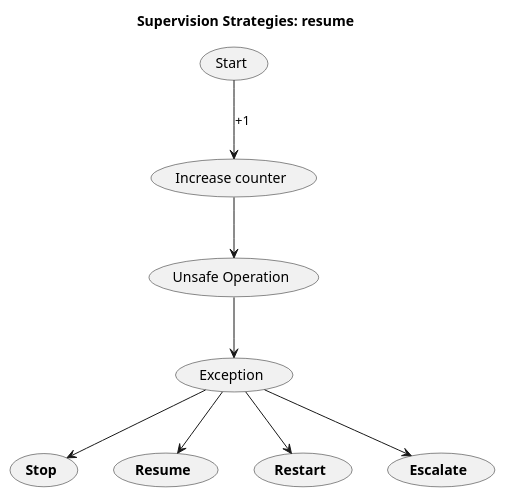
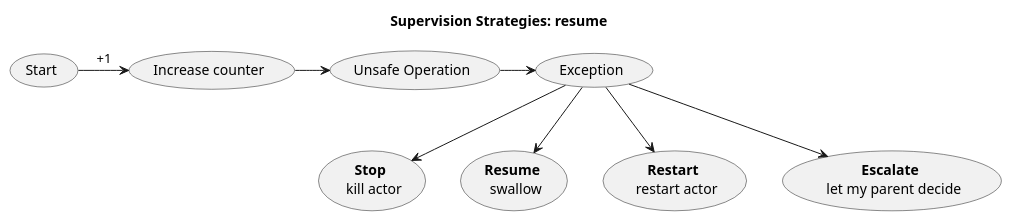
The diagram in AkkaActorSystem/Task04/Task04.puml (atulmish/devconf-lk-20190223), drawn with PlantUML before and after one commit.

Commit message:
added task uml file

```diff
--- a/AkkaActorSystem/Task04/Task04.puml
+++ b/AkkaActorSystem/Task04/Task04.puml
@@ -1,11 +1,11 @@
 @startuml
 title Supervision Strategies: resume
-(Start) --> (Increase counter) :+1
-(Increase counter) --> (Unsafe Operation)
-(Unsafe Operation) --> (Exception)
-(Exception) -->(**Stop**)
-(Exception) -->(**Resume**)
-(Exception) -->(**Restart**)
-(Exception) -->(**Escalate**)
+(Start) -> (Increase counter) :+1
+(Increase counter) -> (Unsafe Operation)
+(Unsafe Operation) -> (Exception)
+(Exception) -->(**Stop** \n kill actor)
+(Exception) -->(**Resume** \n swallow)
+(Exception) -->(**Restart** \n restart actor)
+(Exception) -->(**Escalate** \n let my parent decide)
 
 @enduml
```
